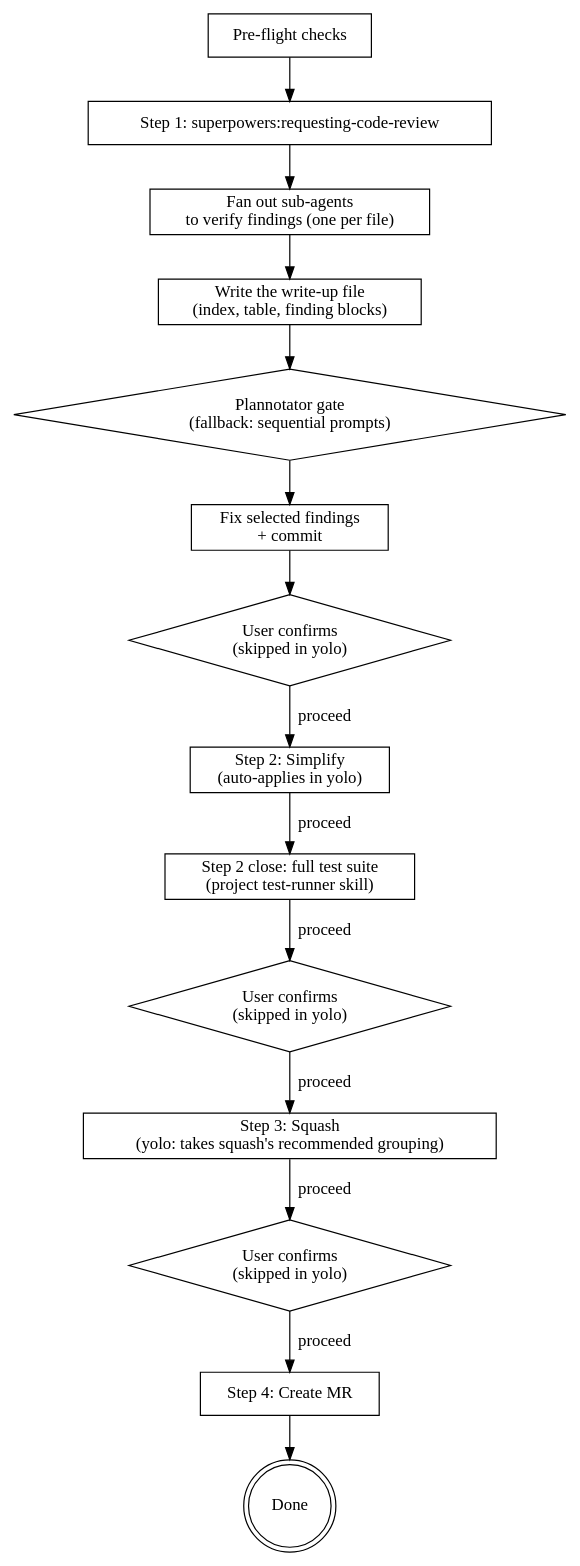
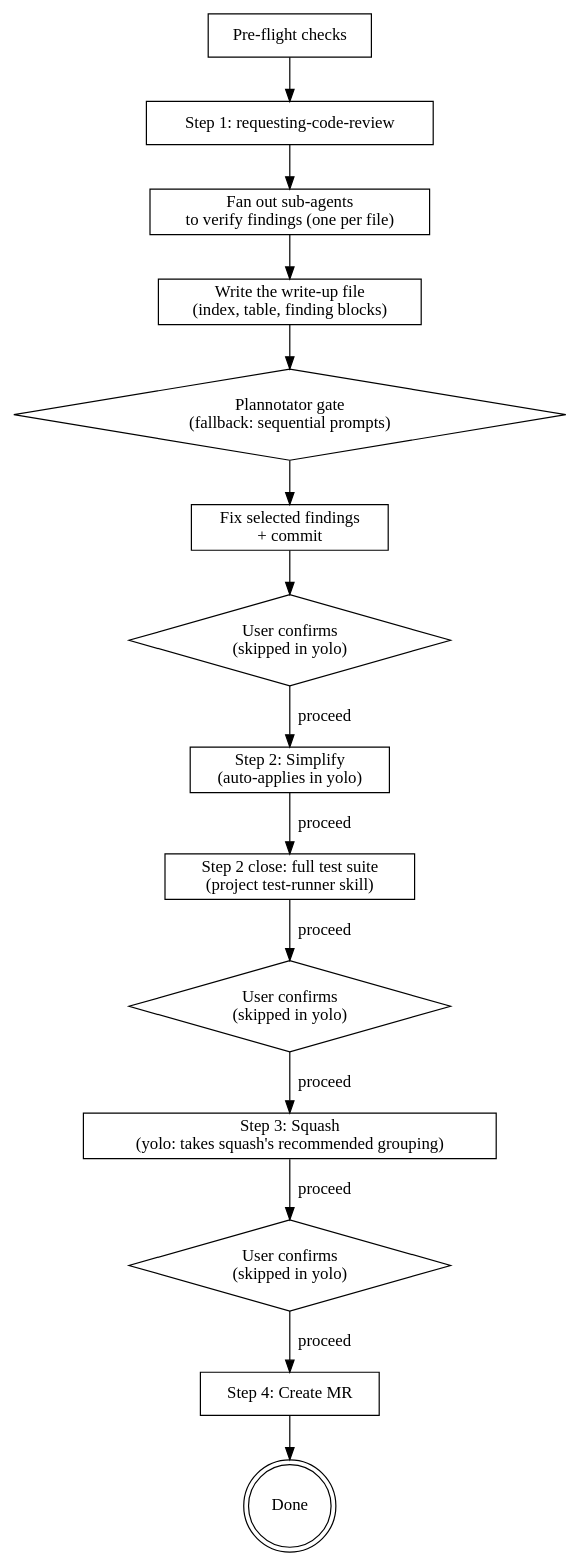
One commit to Minkey27/ai-skills changed the diagram in skills/finalize-branch/SKILL.md. Above: the diagram before and after it, drawn with Graphviz. The commit also changed other lines of this file and 7 other files, not shown here.

````diff
--- a/skills/finalize-branch/SKILL.md
+++ b/skills/finalize-branch/SKILL.md
@@ -65,27 +65,27 @@
 ```dot
 digraph finalize {
     rankdir=TB;
     node [shape=box];
 
     preflight [label="Pre-flight checks"];
-    review [label="Step 1: superpowers:requesting-code-review"];
+    review [label="Step 1: requesting-code-review"];
     verify [label="Fan out sub-agents\nto verify findings (one per file)"];
     present [label="Write the write-up file\n(index, table, finding blocks)"];
     curate [label="Plannotator gate\n(fallback: sequential prompts)" shape=diamond];
     fix [label="Fix selected findings\n+ commit"];
     gate1 [label="User confirms\n(skipped in yolo)" shape=diamond];
     simplify [label="Step 2: Simplify\n(auto-applies in yolo)"];
     suite [label="Step 2 close: full test suite\n(project test-runner skill)"];
     gate2 [label="User confirms\n(skipped in yolo)" shape=diamond];
     squash [label="Step 3: Squash\n(yolo: takes squash's recommended grouping)"];
     gate3 [label="User confirms\n(skipped in yolo)" shape=diamond];
     mr [label="Step 4: Create MR"];
     done [label="Done" shape=doublecircle];
 
     preflight -> review -> verify -> present -> curate -> fix -> gate1;
     gate1 -> simplify [label="proceed"];
     simplify -> suite -> gate2 -> squash [label="proceed"];
     squash -> gate3 -> mr [label="proceed"];
     mr -> done;
 }
 ```
````
